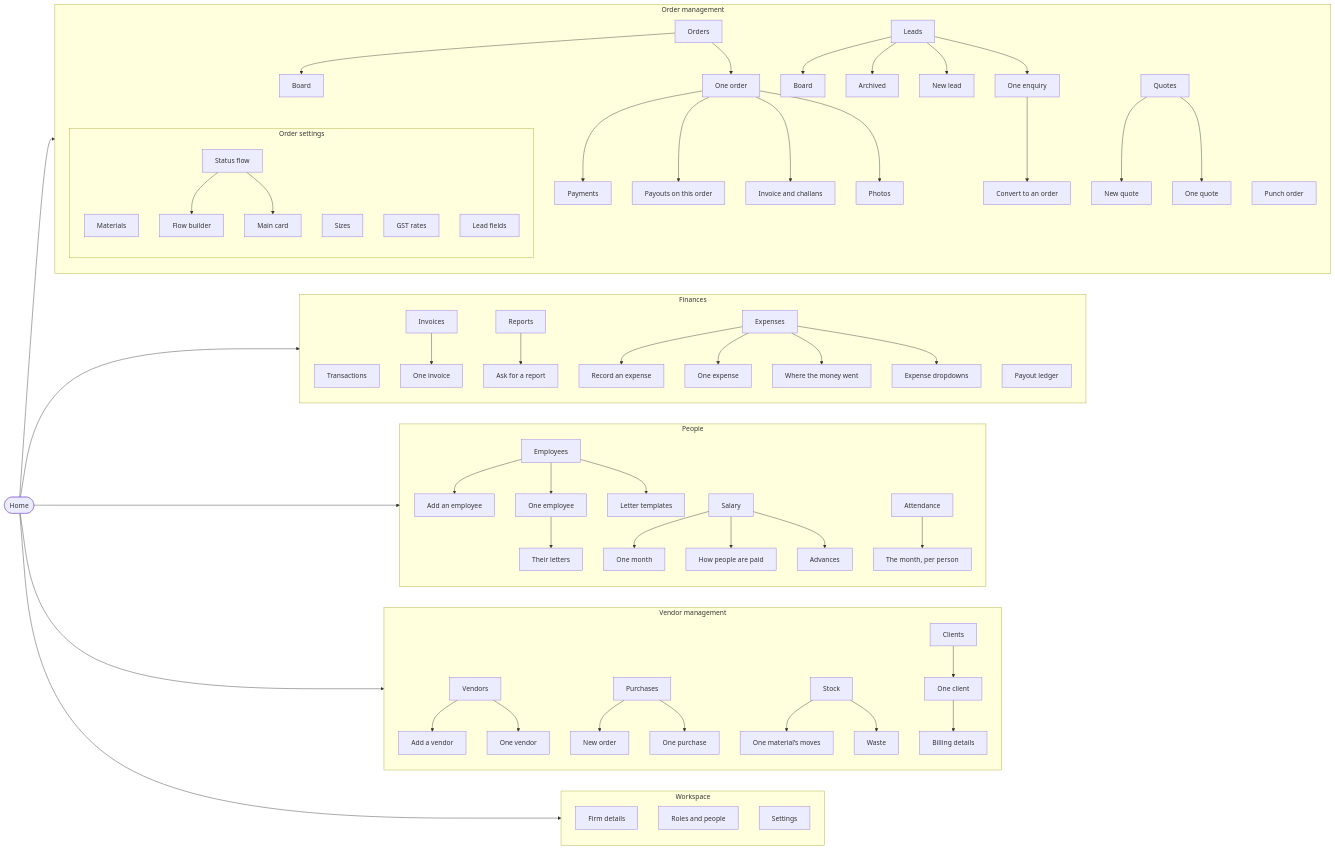
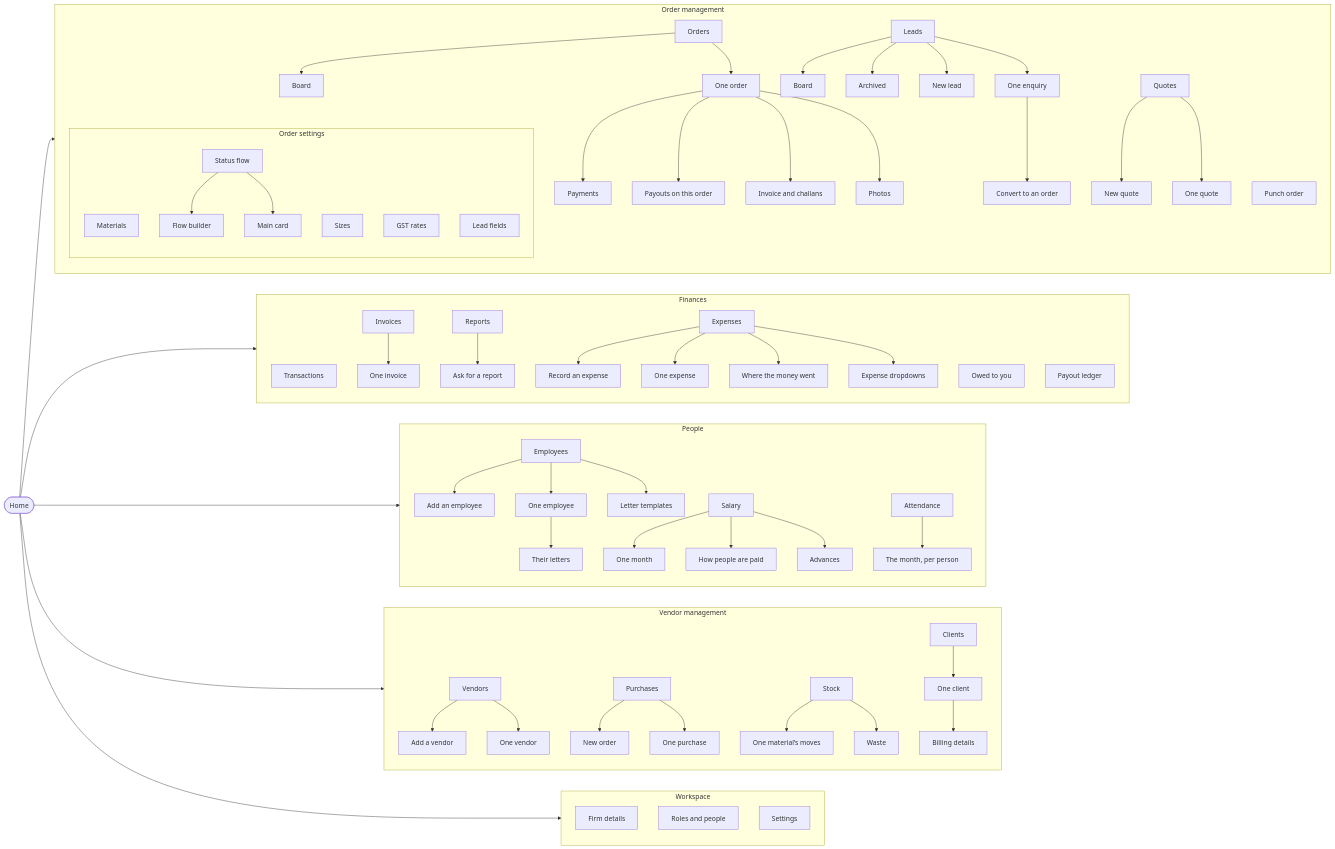
One commit to firstleaptechnologies-coder/factory-automation changed the diagram in docs/NAVIGATION.md. Above: the diagram before and after it, drawn with Mermaid. The commit also changed other lines of this file and 12 other files, not shown here.

```diff
--- a/docs/NAVIGATION.md
+++ b/docs/NAVIGATION.md
@@ -67,6 +67,7 @@
   subgraph cat_finances["Finances"]
     direction TB
     transactions["Transactions"]
+    outstanding["Owed to you"]
     payouts["Payout ledger"]
     invoices["Invoices"]
     invoice_detail["One invoice"]
```
